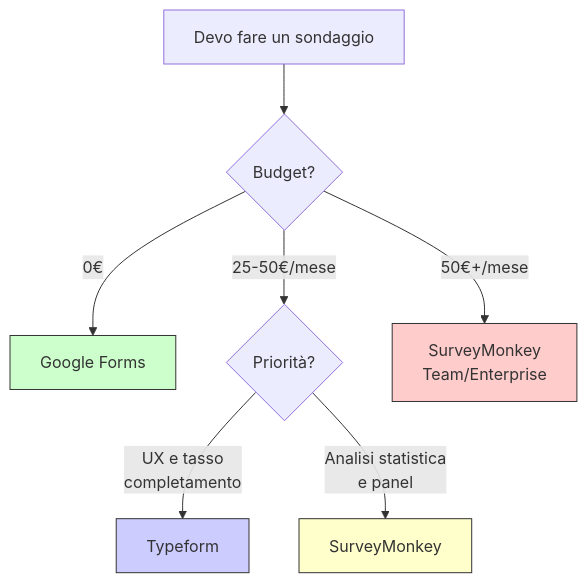
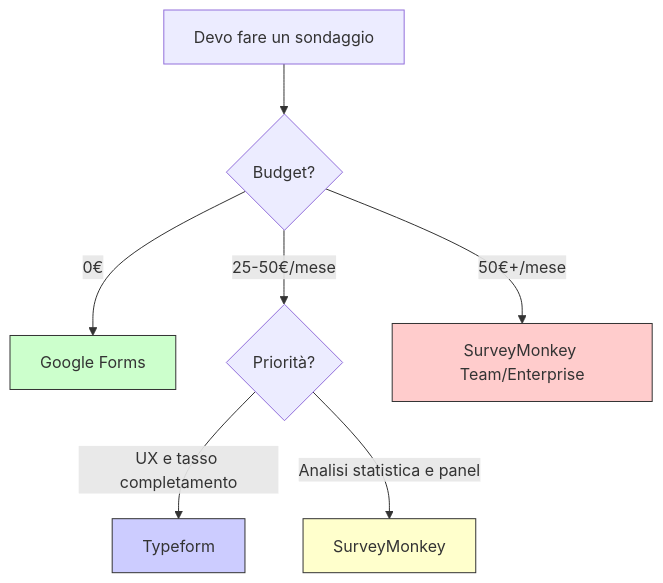
One commit to AndreyBertasini/gynnitech changed the diagram in src/content/blog/sondaggi-online.mdx. Above: the diagram before and after it, drawn with Mermaid. The commit also changed 11 other files, not shown here.

First line of the commit message:
fix(blog): fix mermaid syntax errors for v11.12.2 compatibility

````diff
--- a/src/content/blog/sondaggi-online.mdx
+++ b/src/content/blog/sondaggi-online.mdx
@@ -133,14 +133,14 @@
 ```mermaid
 graph TD
     A["Devo fare un sondaggio"] --> B{"Budget?"}
     B -- "0€" --> C["Google Forms"]
     B -- "25-50€/mese" --> D{"Priorità?"}
-    B -- "50€+/mese" --> E["SurveyMonkey<br>Team/Enterprise"]
-    D -- "UX e tasso<br>completamento" --> F["Typeform"]
-    D -- "Analisi statistica<br>e panel" --> G["SurveyMonkey"]
+    B -- "50€+/mese" --> E["SurveyMonkey Team/Enterprise"]
+    D -- "UX e tasso completamento" --> F["Typeform"]
+    D -- "Analisi statistica e panel" --> G["SurveyMonkey"]
     
     style C fill:#ccffcc,stroke:#333
     style F fill:#ccccff,stroke:#333
     style G fill:#ffffcc,stroke:#333
     style E fill:#ffcccc,stroke:#333
 ```
````
